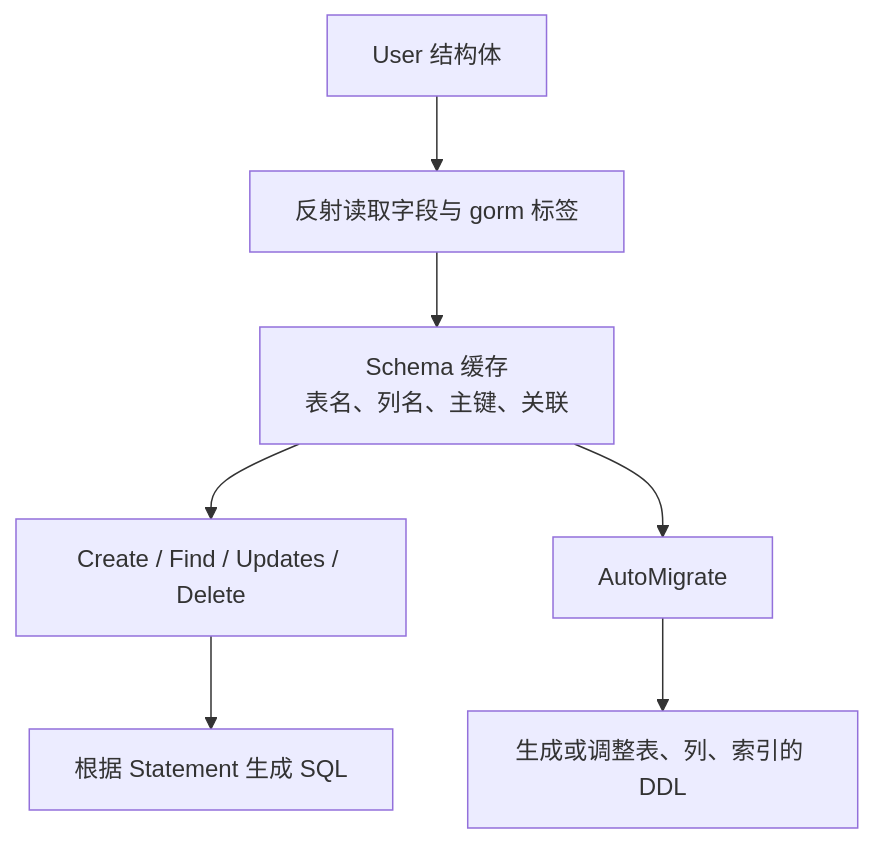
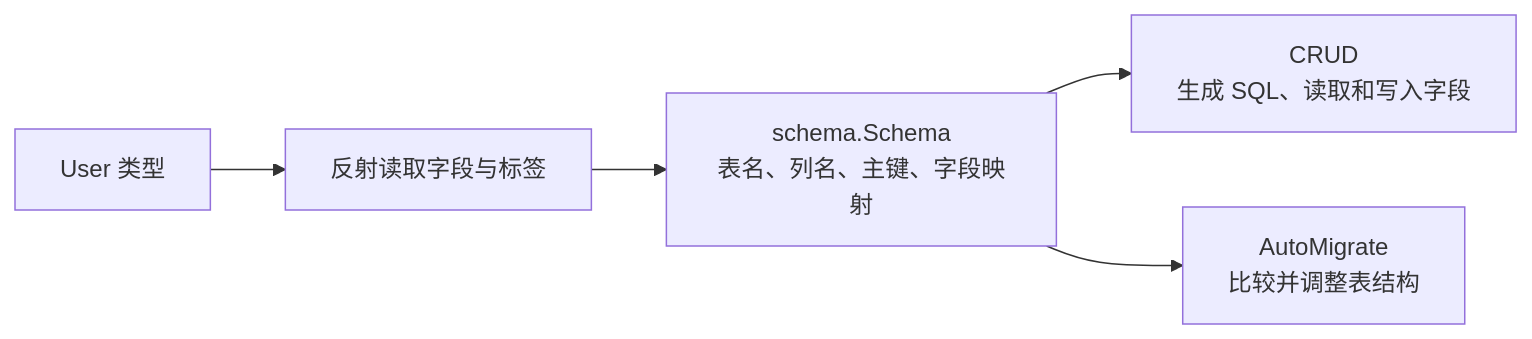
One commit to zzxrepository/gocode changed the third of 12 diagrams in src/backend/go/frameworks-and-ecosystem/02-data-access/02-gorm.md. Above: the diagram before and after it, drawn with Mermaid. The commit also changed other lines of this file and 1 other file, not shown here.

Commit message:
docs(go): 更新 GORM 教程并梳理 SQLx CRUD 用法与层级

````diff
--- a/src/backend/go/frameworks-and-ecosystem/02-data-access/02-gorm.md
+++ b/src/backend/go/frameworks-and-ecosystem/02-data-access/02-gorm.md
@@ -756,9 +383,7 @@
 ```mermaid
-flowchart TD
-    A[User 结构体] --> B[反射读取字段与 gorm 标签]
-    B --> C[Schema 缓存<br/>表名、列名、主键、关联]
-    C --> D[Create / Find / Updates / Delete]
-    C --> E[AutoMigrate]
-    D --> F[根据 Statement 生成 SQL]
-    E --> G[生成或调整表、列、索引的 DDL]
+flowchart LR
+    A["User 类型"] --> B["反射读取字段与标签"]
+    B --> C["schema.Schema<br/>表名、列名、主键、字段映射"]
+    C --> D["CRUD<br/>生成 SQL、读取和写入字段"]
+    C --> E["AutoMigrate<br/>比较并调整表结构"]
 ```
````
